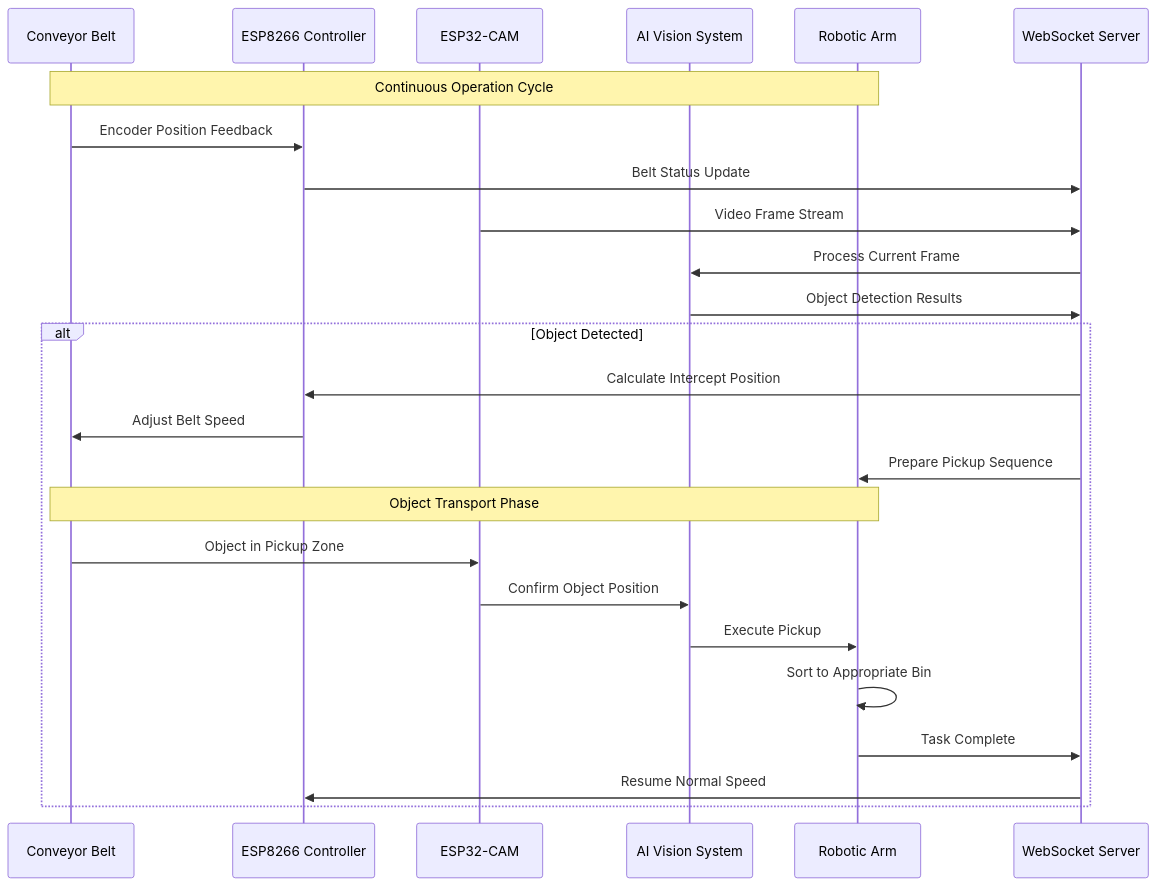
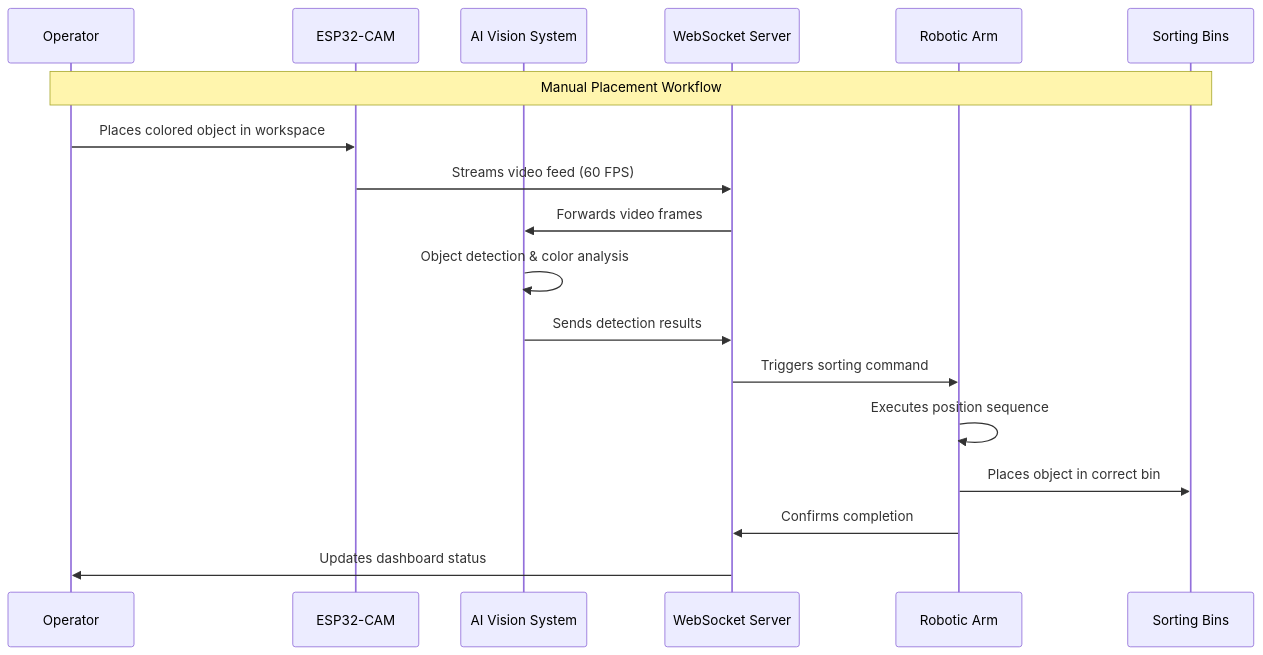
One commit to Red-misst/arm-robot-iot changed the second of 9 diagrams in README.md. Above: the diagram before and after it, drawn with Mermaid. The commit also changed other lines of this file and 7 other files, not shown here.

````diff
--- a/README.md
+++ b/README.md
@@ -116,32 +192,22 @@
 ```mermaid
 sequenceDiagram
-    participant CB as Conveyor Belt
-    participant ES as ESP8266 Controller
+    participant OP as Operator
     participant CAM as ESP32-CAM
     participant AI as AI Vision System
+    participant WS as WebSocket Server
     participant ARM as Robotic Arm
-    participant WS as WebSocket Server
+    participant BIN as Sorting Bins
     
-    Note over CB,ARM: Continuous Operation Cycle
+    Note over OP,BIN: Manual Placement Workflow
     
-    CB->>ES: Encoder Position Feedback
-    ES->>WS: Belt Status Update
-    CAM->>WS: Video Frame Stream
-    WS->>AI: Process Current Frame
-    AI->>WS: Object Detection Results
-    
-    alt Object Detected
-        WS->>ES: Calculate Intercept Position
-        ES->>CB: Adjust Belt Speed
-        WS->>ARM: Prepare Pickup Sequence
-        
-        Note over CB,ARM: Object Transport Phase
-        CB->>CAM: Object in Pickup Zone
-        CAM->>AI: Confirm Object Position
-        AI->>ARM: Execute Pickup
-        ARM->>ARM: Sort to Appropriate Bin
-        
-        ARM->>WS: Task Complete
-        WS->>ES: Resume Normal Speed
-    end
+    OP->>CAM: Places colored object in workspace
+    CAM->>WS: Streams video feed (60 FPS)
+    WS->>AI: Forwards video frames
+    AI->>AI: Object detection & color analysis
+    AI->>WS: Sends detection results
+    WS->>ARM: Triggers sorting command
+    ARM->>ARM: Executes position sequence
+    ARM->>BIN: Places object in correct bin
+    ARM->>WS: Confirms completion
+    WS->>OP: Updates dashboard status
 ```
````
